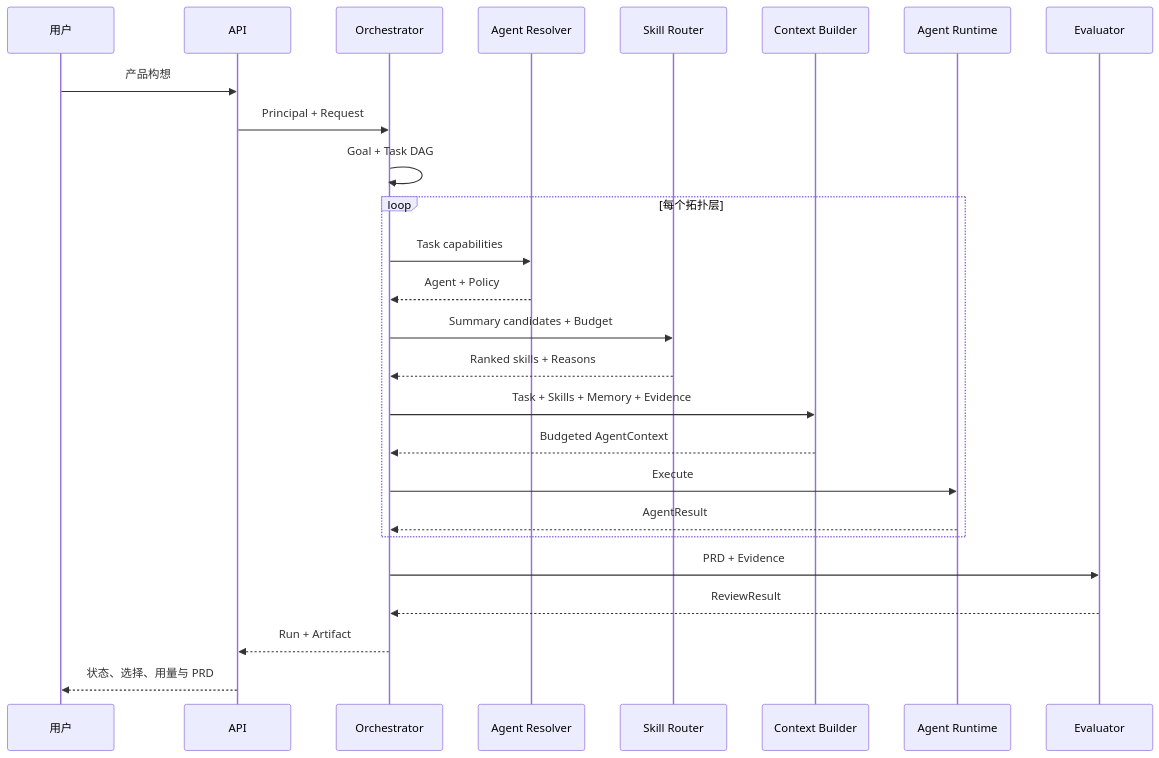
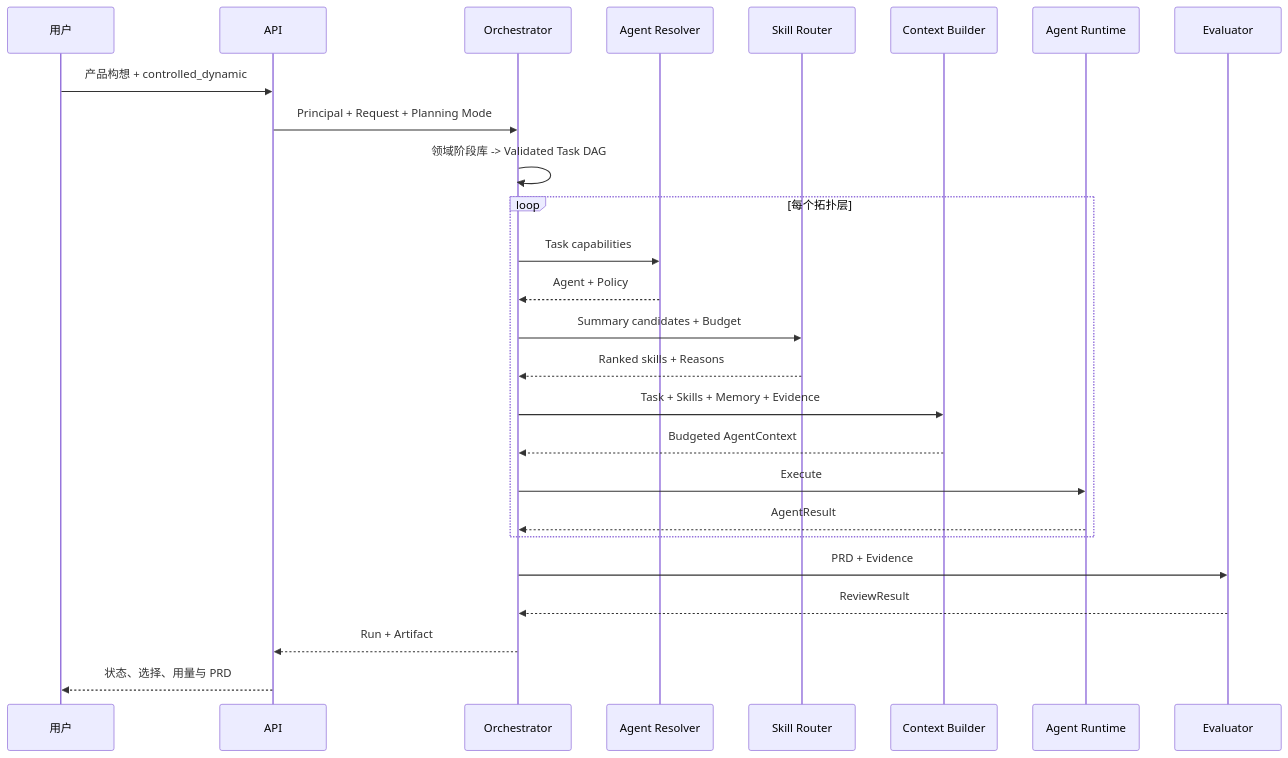
The second of 2 diagrams in docs/architecture/data-flow.md (iboosky3/NexusOS), drawn with Mermaid before and after one commit. The commit also changed other lines of this file and 50 other files, not shown here.

````diff
--- a/docs/architecture/data-flow.md
+++ b/docs/architecture/data-flow.md
@@ -5,28 +32,28 @@
 ```mermaid
 sequenceDiagram
     participant U as 用户
     participant A as API
     participant O as Orchestrator
     participant R as Agent Resolver
     participant S as Skill Router
     participant C as Context Builder
     participant X as Agent Runtime
     participant E as Evaluator
-    U->>A: 产品构想
-    A->>O: Principal + Request
-    O->>O: Goal + Task DAG
+    U->>A: 产品构想 + controlled_dynamic
+    A->>O: Principal + Request + Planning Mode
+    O->>O: 领域阶段库 -> Validated Task DAG
     loop 每个拓扑层
         O->>R: Task capabilities
         R-->>O: Agent + Policy
         O->>S: Summary candidates + Budget
         S-->>O: Ranked skills + Reasons
         O->>C: Task + Skills + Memory + Evidence
         C-->>O: Budgeted AgentContext
         O->>X: Execute
         X-->>O: AgentResult
     end
     O->>E: PRD + Evidence
     E-->>O: ReviewResult
     O-->>A: Run + Artifact
     A-->>U: 状态、选择、用量与 PRD
 ```
````
